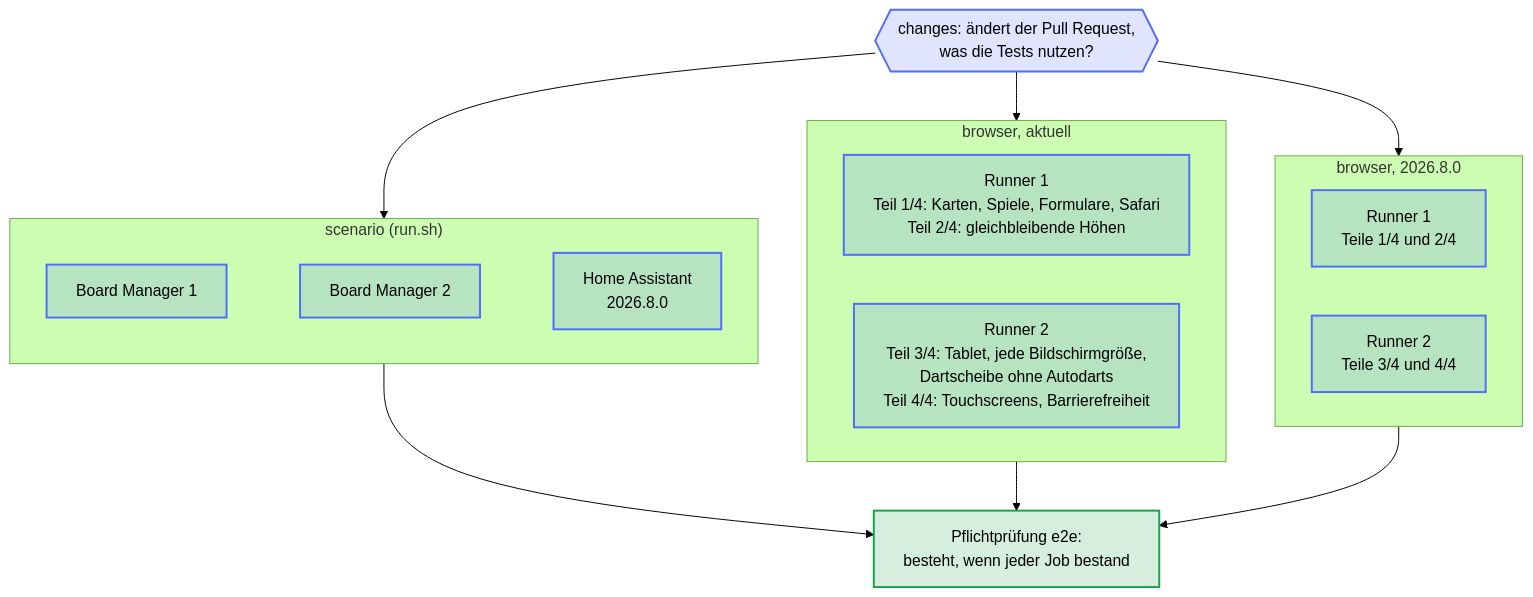
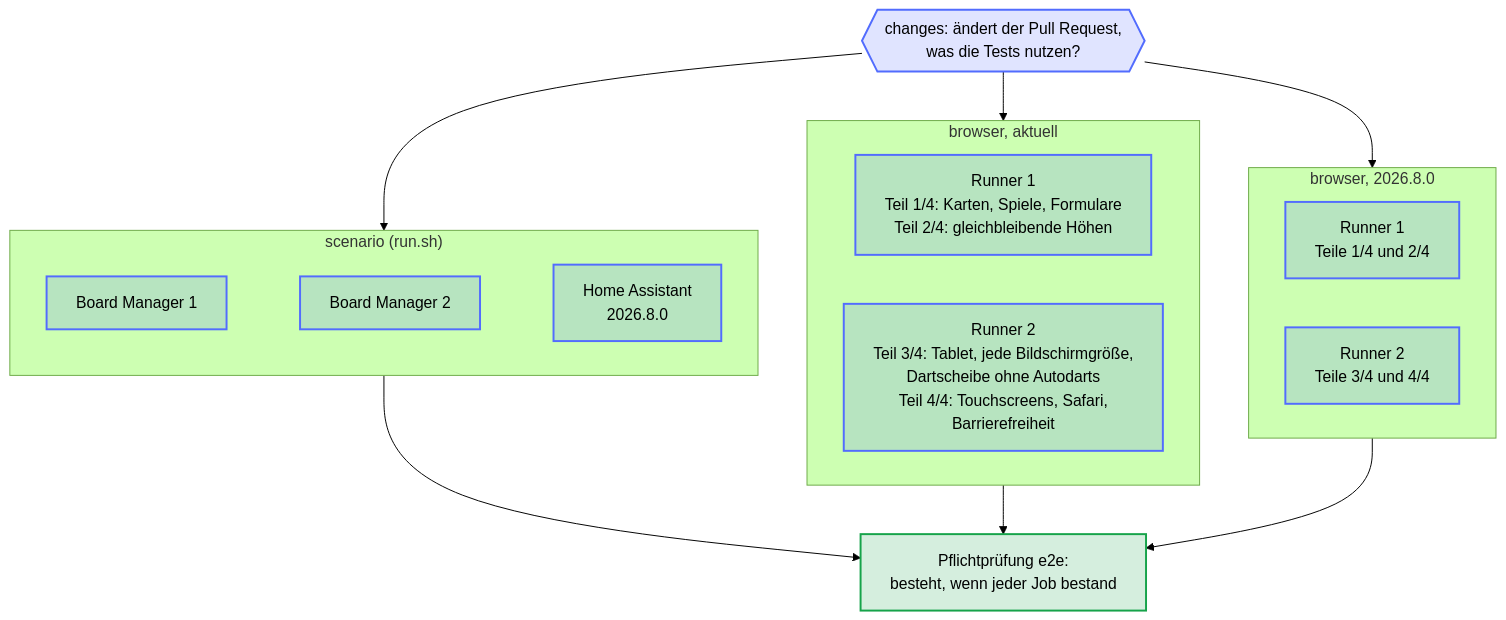
The diagram in docs/diagrams/e2e-shards.de.mmd (Dennis-Otto/ha-autodarts), drawn with Mermaid (forest theme) before and after one commit. The commit also changed 8 other files, not shown here.

```diff
--- a/docs/diagrams/e2e-shards.de.mmd
+++ b/docs/diagrams/e2e-shards.de.mmd
@@ -1,40 +1,40 @@
 ---
 config:
   flowchart:
     wrappingWidth: 400
 ---
 flowchart TB
   accTitle: Die End-to-End-Tests nebeneinander
   accDescr: Findet der Job changes etwas zu testen, starten sieben Test-Jobs zugleich. Drei führen das Szenario aus, für Board Manager 1, Board Manager 2 und Home Assistant 2026.8.0. Vier führen den Browsertest aus, zwei für das aktuelle und zwei für das älteste unterstützte Home Assistant. Jeder Browser-Job startet zwei Demo-Instanzen, jede mit einem Browser und einem der vier Teile der Schritte, sodass alle vier Teile einer Version zugleich laufen. Die Pflichtprüfung e2e wartet auf alle.
 
   CHANGES{{"changes: ändert der Pull Request,<br/>was die Tests nutzen?"}}
   CHANGES --> SCENARIO
   CHANGES --> CURRENT
   CHANGES --> OLDEST
 
   subgraph SCENARIO["scenario (run.sh)"]
     direction LR
     S1["Board Manager 1"] ~~~ S2["Board Manager 2"] ~~~ S3["Home Assistant<br/>2026.8.0"]
   end
 
   subgraph CURRENT["browser, aktuell"]
     direction LR
-    C1["Runner 1<br/>Teil 1/4: Karten, Spiele, Formulare, Safari<br/>Teil 2/4: gleichbleibende Höhen"]
-    C2["Runner 2<br/>Teil 3/4: Tablet, jede Bildschirmgröße,<br/>Dartscheibe ohne Autodarts<br/>Teil 4/4: Touchscreens, Barrierefreiheit"]
+    C1["Runner 1<br/>Teil 1/4: Karten, Spiele, Formulare<br/>Teil 2/4: gleichbleibende Höhen"]
+    C2["Runner 2<br/>Teil 3/4: Tablet, jede Bildschirmgröße,<br/>Dartscheibe ohne Autodarts<br/>Teil 4/4: Touchscreens, Safari,<br/>Barrierefreiheit"]
   end
 
   subgraph OLDEST["browser, 2026.8.0"]
     direction LR
     O1["Runner 1<br/>Teile 1/4 und 2/4"]
     O2["Runner 2<br/>Teile 3/4 und 4/4"]
   end
 
   SCENARIO --> GATE["Pflichtprüfung e2e:<br/>besteht, wenn jeder Job bestand"]
   CURRENT --> GATE
   OLDEST --> GATE
 
   classDef bot fill:#526cfe2e,stroke:#526cfe,stroke-width:2px
   classDef done fill:#16a34a2e,stroke:#16a34a,stroke-width:2px
   class CHANGES bot
   class S1,S2,S3,C1,C2,O1,O2 bot
   class GATE done
```
